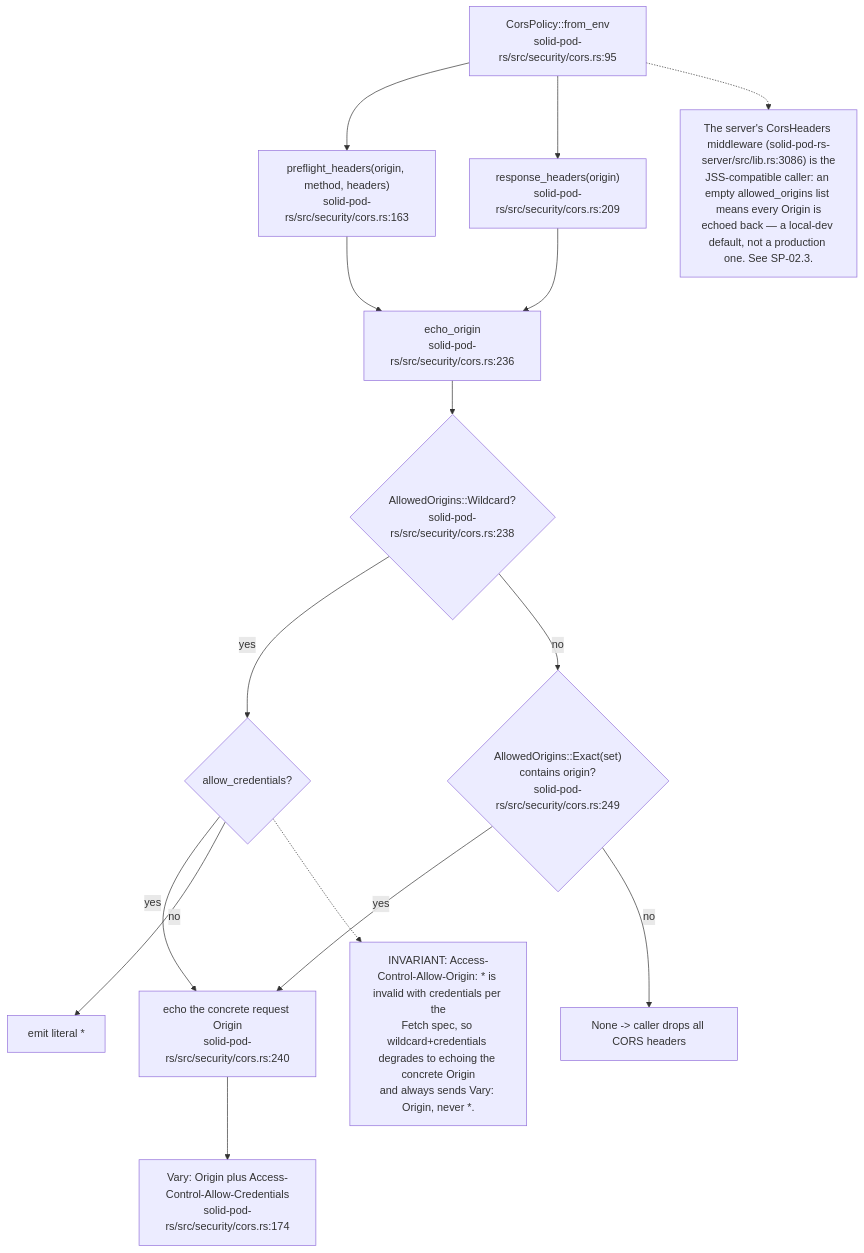
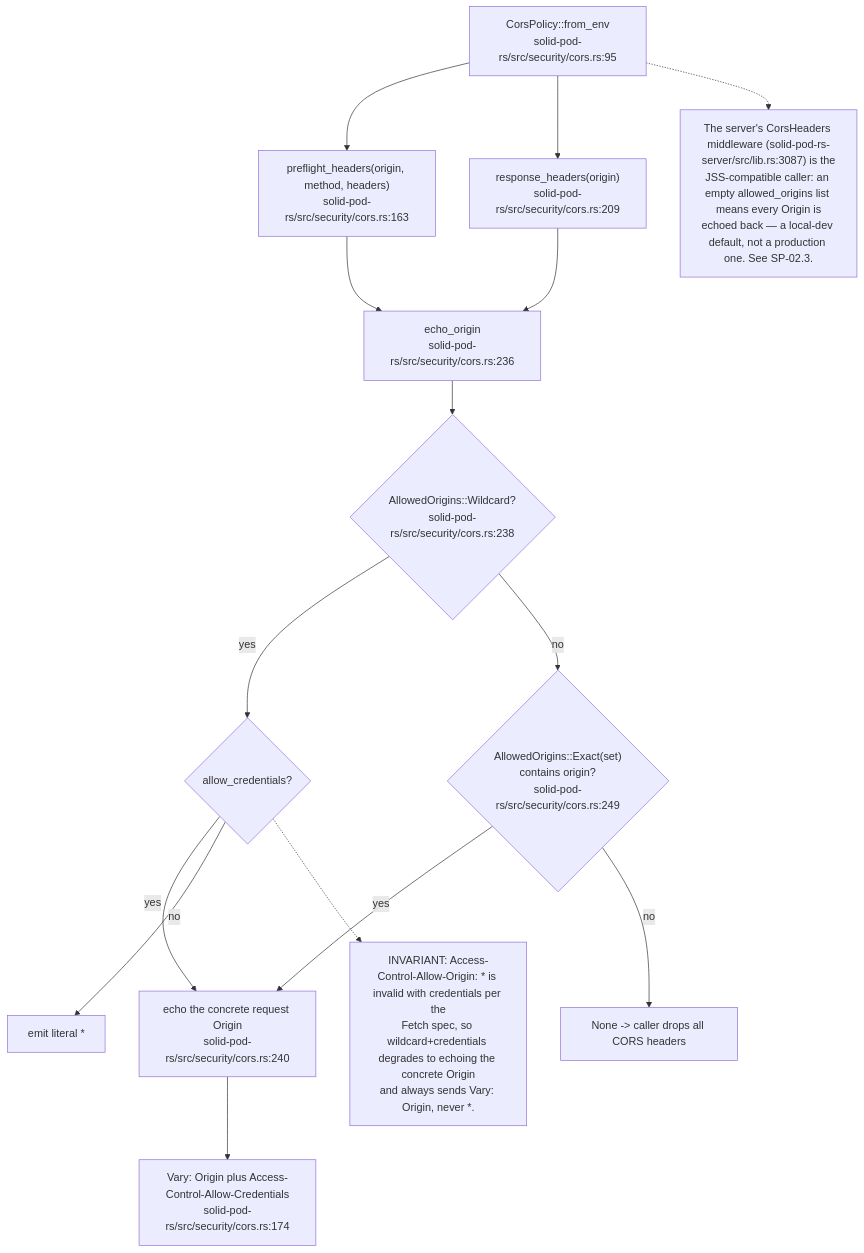
Before and after one commit to DreamLab-AI/VisionFlow: the ninth of 11 diagrams in docs/diagrams/solid-pod-rs/06-storage-quota-and-git-pods.md, drawn with Mermaid. The commit also changed other lines of this file and 111 other files, not shown here.

Commit message:
docs(diagrams): align estate maps with current source

````diff
--- a/docs/diagrams/solid-pod-rs/06-storage-quota-and-git-pods.md
+++ b/docs/diagrams/solid-pod-rs/06-storage-quota-and-git-pods.md
@@ -237,31 +237,31 @@
 ```mermaid
 flowchart TD
     ENV["CorsPolicy::from_env<br/>solid-pod-rs/src/security/cors.rs:95"]
     PF["preflight_headers(origin, method, headers)<br/>solid-pod-rs/src/security/cors.rs:163"]
     RF["response_headers(origin)<br/>solid-pod-rs/src/security/cors.rs:209"]
     EO["echo_origin<br/>solid-pod-rs/src/security/cors.rs:236"]
     WC{"AllowedOrigins::Wildcard?<br/>solid-pod-rs/src/security/cors.rs:238"}
     CRED{"allow_credentials?"}
     ECHO["echo the concrete request Origin<br/>solid-pod-rs/src/security/cors.rs:240"]
     STAR["emit literal *"]
     EX{"AllowedOrigins::Exact(set)<br/>contains origin?<br/>solid-pod-rs/src/security/cors.rs:249"}
     NONE["None -> caller drops all CORS headers"]
     VARY["Vary: Origin plus Access-Control-Allow-Credentials<br/>solid-pod-rs/src/security/cors.rs:174"]
 
     ENV --> PF
     ENV --> RF
     PF --> EO
     RF --> EO
     EO --> WC
     WC -- yes --> CRED
     CRED -- yes --> ECHO --> VARY
     CRED -- no --> STAR
     WC -- no --> EX
     EX -- yes --> ECHO
     EX -- no --> NONE
 
     N["INVARIANT: Access-Control-Allow-Origin: * is invalid with credentials per the<br/>Fetch spec, so wildcard+credentials degrades to echoing the concrete Origin<br/>and always sends Vary: Origin, never *."]
     CRED -.-> N
-    N2["The server's CorsHeaders middleware (solid-pod-rs-server/src/lib.rs:3086) is the<br/>JSS-compatible caller: an empty allowed_origins list means every Origin is<br/>echoed back — a local-dev default, not a production one. See SP-02.3."]
+    N2["The server's CorsHeaders middleware (solid-pod-rs-server/src/lib.rs:3087) is the<br/>JSS-compatible caller: an empty allowed_origins list means every Origin is<br/>echoed back — a local-dev default, not a production one. See SP-02.3."]
     ENV -.-> N2
 ```
````
